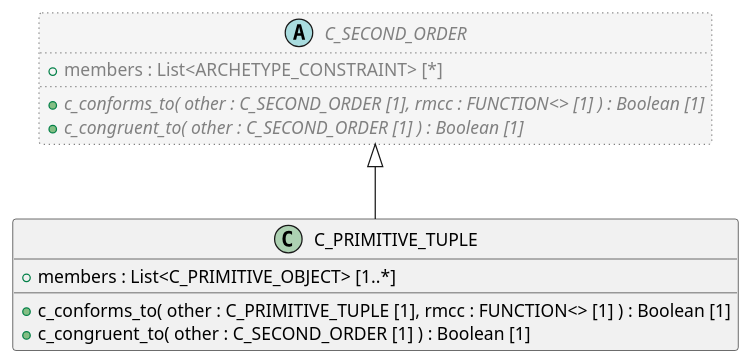
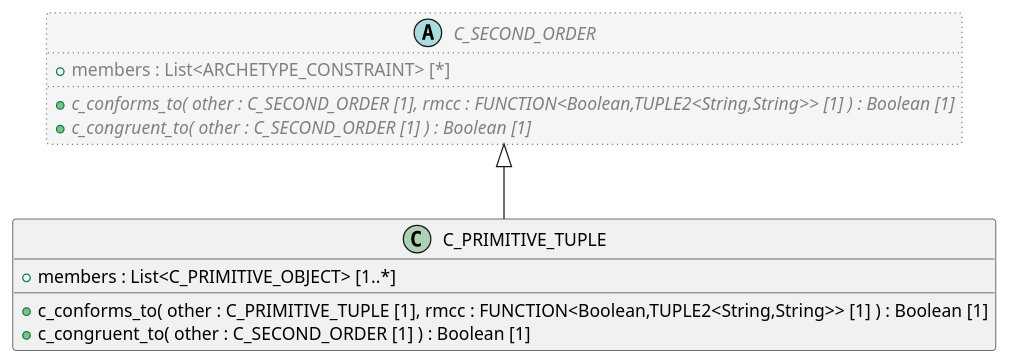
One commit to sebastian-iancu/code-generator changed the diagram in code/Adoc/openehr_am_2.4.0/plantUML/classes/aom2.c_primitive_tuple.adoc. Above: the diagram before and after it, drawn with PlantUML. The commit also changed 299 other files, not shown here.

```diff
--- a/code/Adoc/openehr_am_2.4.0/plantUML/classes/aom2.c_primitive_tuple.adoc
+++ b/code/Adoc/openehr_am_2.4.0/plantUML/classes/aom2.c_primitive_tuple.adoc
@@ -1,21 +1,21 @@
 [plantuml,C_PRIMITIVE_TUPLE,format=svg]
 -----
 @startuml
 
 class C_PRIMITIVE_TUPLE {
   + members : List<C_PRIMITIVE_OBJECT> [1..*]
-  + c_conforms_to( other : C_PRIMITIVE_TUPLE [1], rmcc : FUNCTION<> [1] ) : Boolean [1]
+  + c_conforms_to( other : C_PRIMITIVE_TUPLE [1], rmcc : FUNCTION<Boolean,TUPLE2<String,String>> [1] ) : Boolean [1]
   + c_congruent_to( other : C_SECOND_ORDER [1] ) : Boolean [1]
 }
 
 abstract class C_SECOND_ORDER  #whitesmoke;line:gray;line.dotted;text:gray {
   + members : List<ARCHETYPE_CONSTRAINT> [*]
-  + {abstract} c_conforms_to( other : C_SECOND_ORDER [1], rmcc : FUNCTION<> [1] ) : Boolean [1]
+  + {abstract} c_conforms_to( other : C_SECOND_ORDER [1], rmcc : FUNCTION<Boolean,TUPLE2<String,String>> [1] ) : Boolean [1]
   + {abstract} c_congruent_to( other : C_SECOND_ORDER [1] ) : Boolean [1]
 }
 
 C_SECOND_ORDER <|-- C_PRIMITIVE_TUPLE
 
 
 @enduml
 -----
```
